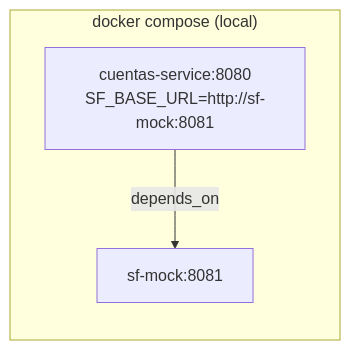
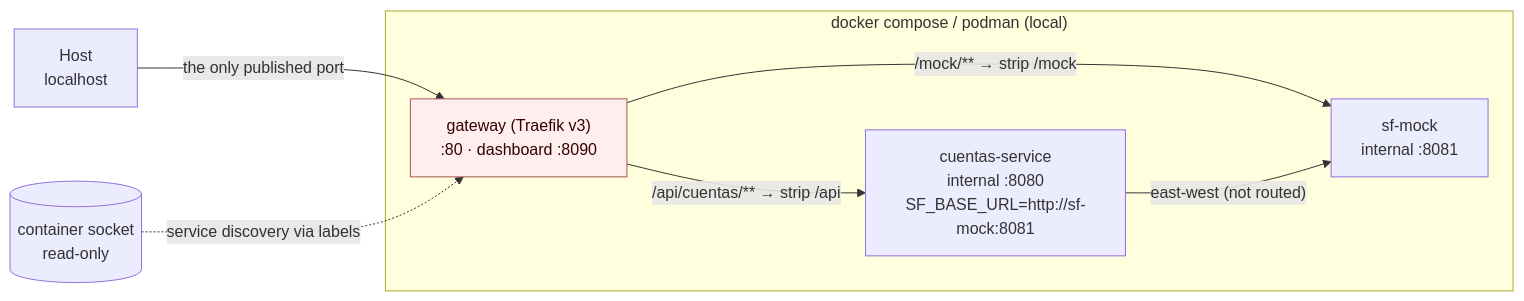
The ninth of 10 diagrams in docs/architecture.md (pag6606/mock-services-sf), drawn with Mermaid before and after one commit. The commit also changed other lines of this file and 5 other files, not shown here.

First line of the commit message:
feat: añadir Traefik como edge router y documentar la topología

````diff
--- a/docs/architecture.md
+++ b/docs/architecture.md
@@ -353,8 +411,22 @@
 ```mermaid
 flowchart LR
-    subgraph compose["docker compose (local)"]
-        c["cuentas-service:8080<br/>SF_BASE_URL=http://sf-mock:8081"]
-        m["sf-mock:8081"]
-        c -->|"depends_on"| m
+    host["Host<br/>localhost"]
+
+    subgraph compose["docker compose / podman (local)"]
+        g["gateway (Traefik v3)<br/>:80 · dashboard :8090"]
+        c["cuentas-service<br/>internal :8080<br/>SF_BASE_URL=http://sf-mock:8081"]
+        m["sf-mock<br/>internal :8081"]
+
+        g -->|"/api/cuentas/** → strip /api"| c
+        g -->|"/mock/** → strip /mock"| m
+        c -->|"east-west (not routed)"| m
     end
+
+    sock[("container socket<br/>read-only")]
+
+    host -->|"the only published port"| g
+    sock -.->|"service discovery via labels"| g
+
+    classDef edge fill:#fee,stroke:#a55,color:#300;
+    class g edge;
 ```
````
